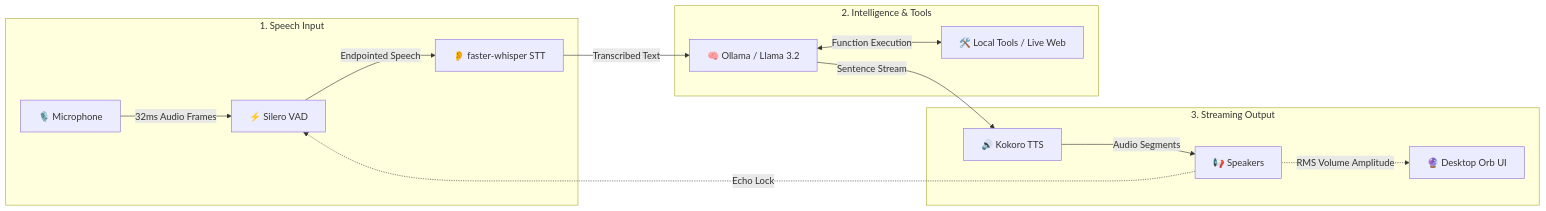
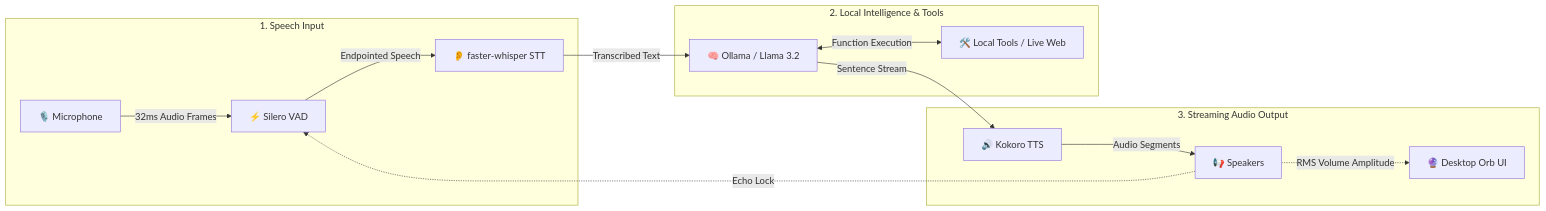
Before and after one commit to saikrishnaallam/jarvis_ai: the diagram in README.md, drawn with Mermaid. The commit also changed other lines of this file, not shown here.

Commit message:
docs: Modern Open-Source Showcase rewrite of README with latency card, feature matrix, and clean architecture diagram

````diff
--- a/README.md
+++ b/README.md
@@ -61,19 +101,19 @@
 ```mermaid
 flowchart LR
     subgraph Input ["1. Speech Input"]
         A[🎙️ Microphone] -->|32ms Audio Frames| B[⚡ Silero VAD]
         B -->|Endpointed Speech| C[👂 faster-whisper STT]
     end
 
-    subgraph Core ["2. Intelligence & Tools"]
+    subgraph Intelligence ["2. Local Intelligence & Tools"]
         C -->|Transcribed Text| D[🧠 Ollama / Llama 3.2]
         D <-->|Function Execution| E[🛠️ Local Tools / Live Web]
     end
 
-    subgraph Output ["3. Streaming Output"]
+    subgraph Output ["3. Streaming Audio Output"]
         D -->|Sentence Stream| F[🔊 Kokoro TTS]
         F -->|Audio Segments| G[📢 Speakers]
         G -.->|RMS Volume Amplitude| H[🔮 Desktop Orb UI]
         G -.->|Echo Lock| B
     end
 ```
````
